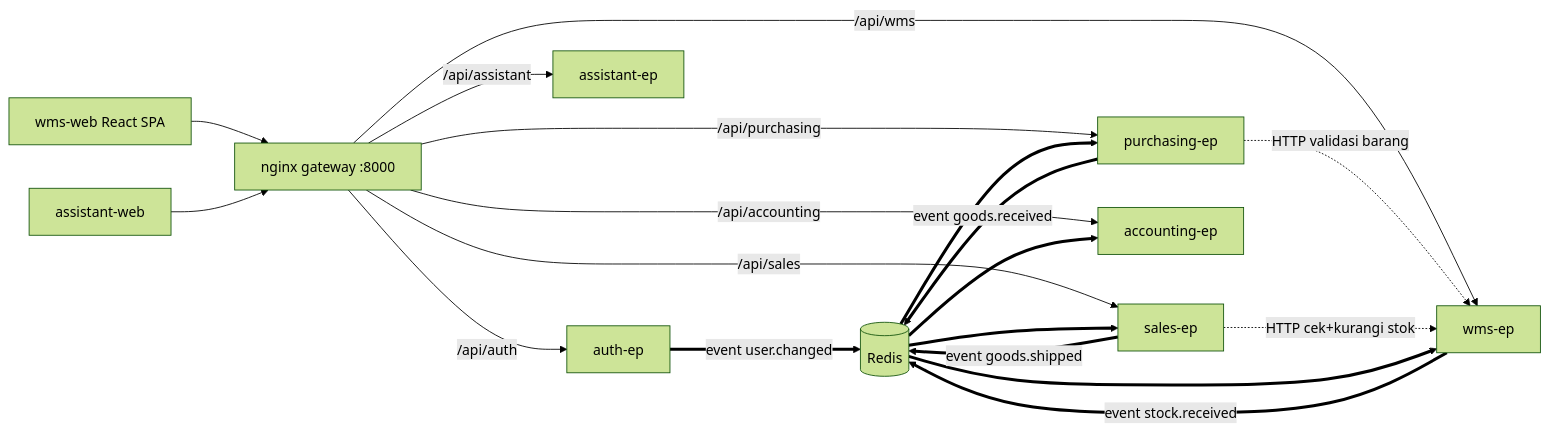
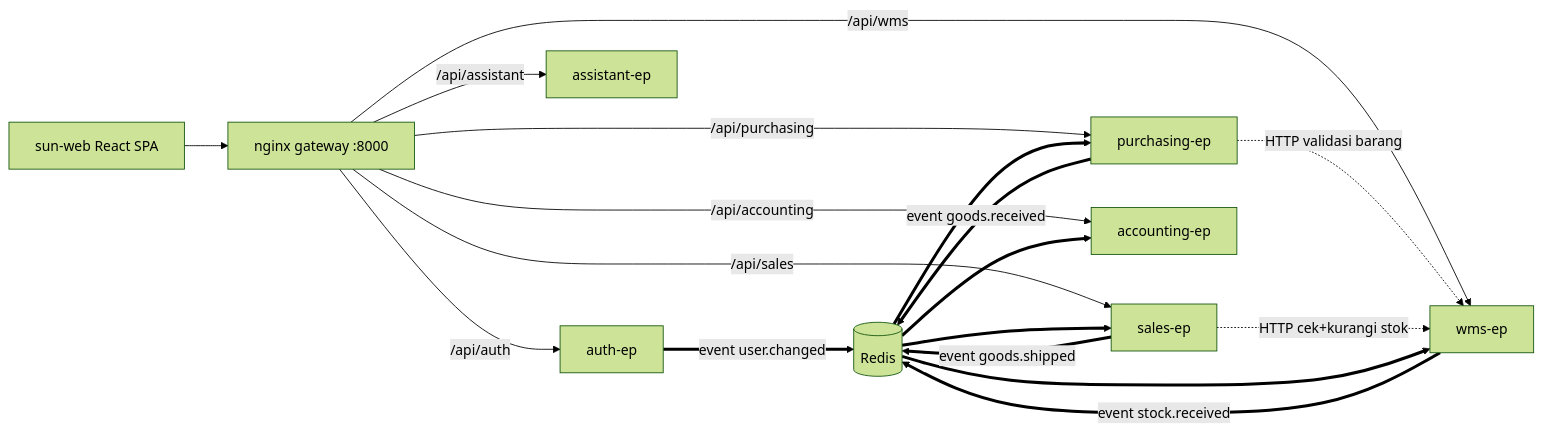
The diagram in ARCHITECTURE.md (rafliakmalg/sun-projects), drawn with Mermaid (forest theme) before and after one commit. The commit also changed other lines of this file and 4 other files, not shown here.

Commit message:
infra: frontend jadi sun-web (satu-satunya), assistant-web dihentikan, gateway ke sun-web, API relatif

````diff
--- a/ARCHITECTURE.md
+++ b/ARCHITECTURE.md
@@ -22,22 +22,21 @@
 ```mermaid
 flowchart LR
-    FE[wms-web React SPA] --> GW[nginx gateway :8000]
-    AFE[assistant-web] --> GW
+    FE[sun-web React SPA] --> GW[nginx gateway :8000]
     GW -->|/api/auth| AUTH[auth-ep]
     GW -->|/api/wms| WMS[wms-ep]
     GW -->|/api/purchasing| PUR[purchasing-ep]
     GW -->|/api/sales| SAL[sales-ep]
     GW -->|/api/accounting| ACC[accounting-ep]
     GW -->|/api/assistant| AST[assistant-ep]
 
     PUR -. HTTP validasi barang .-> WMS
     SAL -. HTTP cek+kurangi stok .-> WMS
     PUR == event goods.received ==> R[(Redis)]
     SAL == event goods.shipped ==> R
     WMS == event stock.received ==> R
     AUTH == event user.changed ==> R
     R ==> WMS
     R ==> ACC
     R ==> PUR
     R ==> SAL
 ```
````
